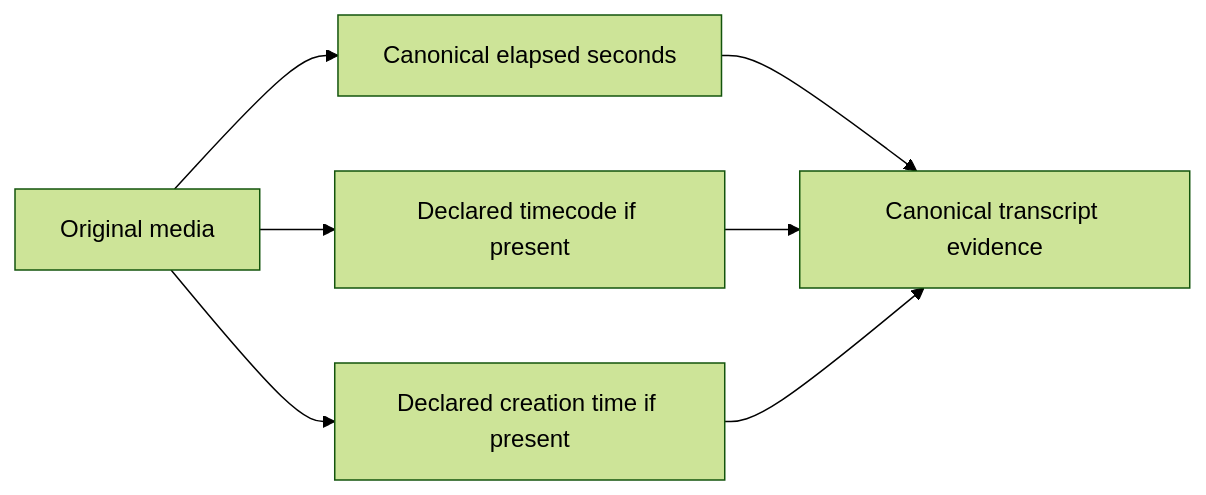
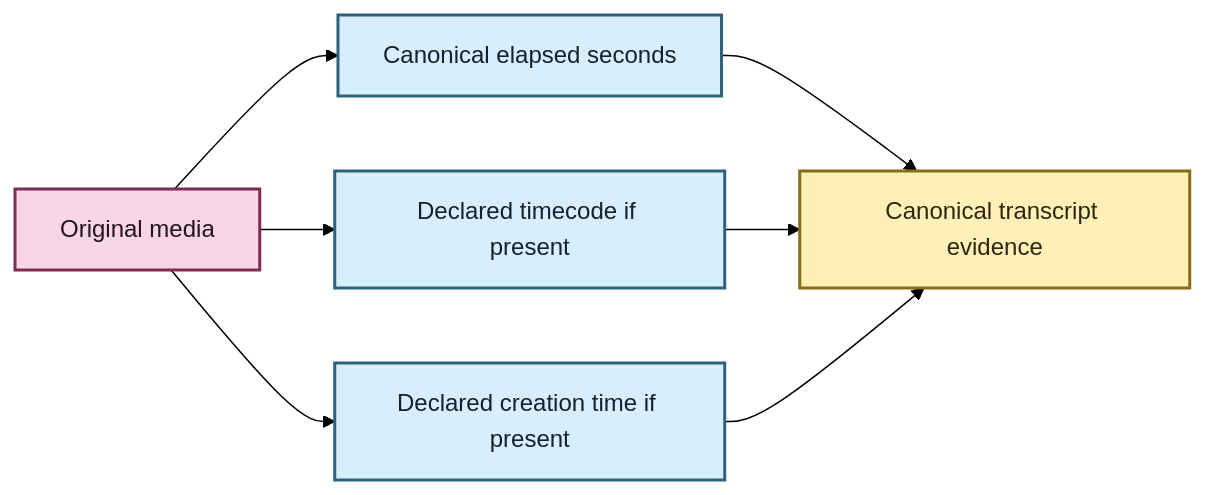
One commit to SSD1805/EchoFlow changed the second of 2 diagrams in docs/time-navigation.md. Above: the diagram before and after it, drawn with Mermaid (forest theme). The commit also changed other lines of this file and 29 other files, not shown here.

Commit message:
docs: restore Mermaid styling and refresh current product truth

````diff
--- a/docs/time-navigation.md
+++ b/docs/time-navigation.md
@@ -163,9 +162,17 @@
 ```mermaid
-graph LR;
+flowchart LR
     A[Original media] --> B[Canonical elapsed seconds]
     A --> C[Declared timecode if present]
     A --> D[Declared creation time if present]
     B --> E[Canonical transcript evidence]
     C --> E
     D --> E
+
+    classDef source fill:#F9D5E5,stroke:#7B2E52,stroke-width:2px,color:#22151B
+    classDef evidence fill:#FFF0B8,stroke:#8A6B18,stroke-width:2px,color:#2C260F
+    classDef inspect fill:#D8EEFF,stroke:#2E617B,stroke-width:2px,color:#12222A
+
+    class A source
+    class B,C,D inspect
+    class E evidence
 ```
````
